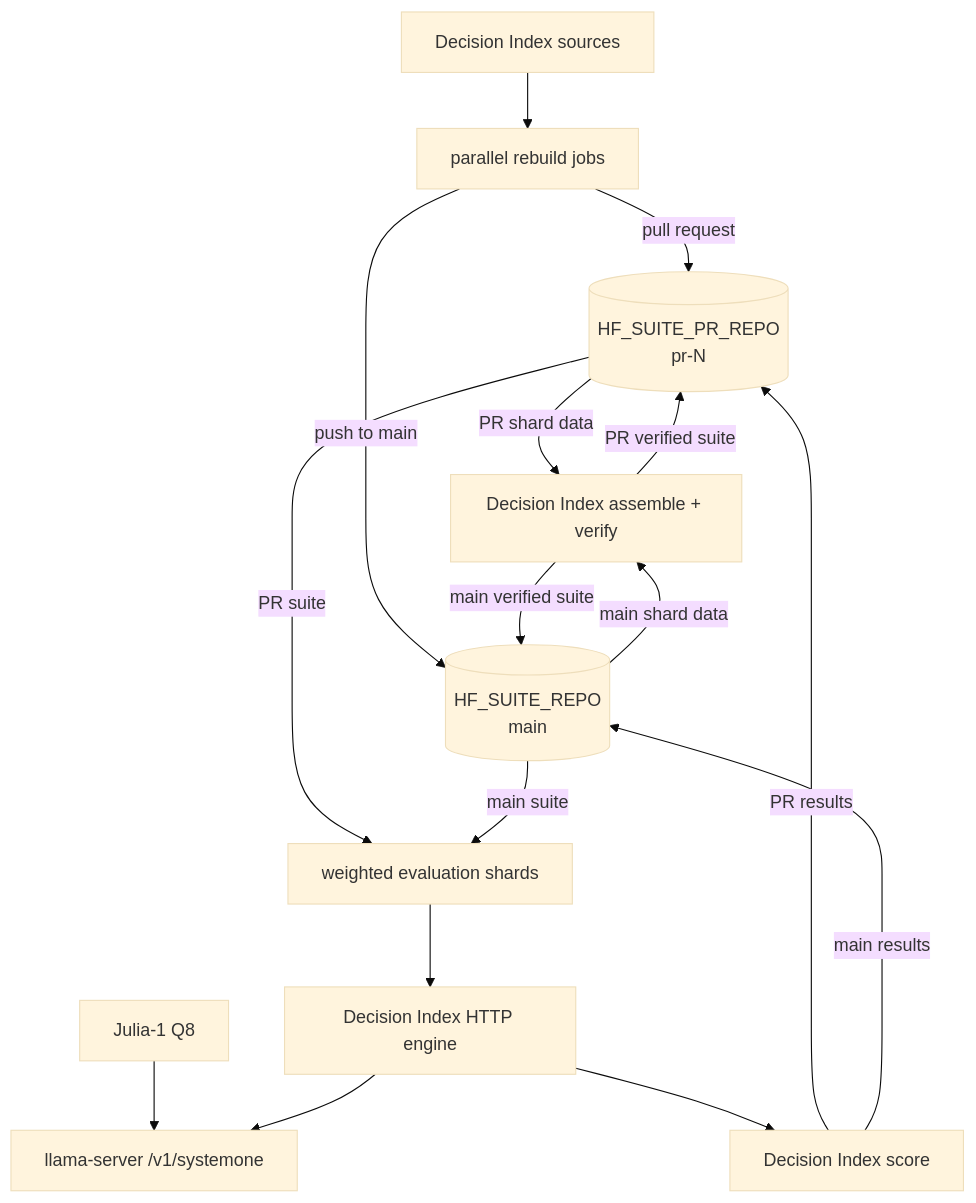
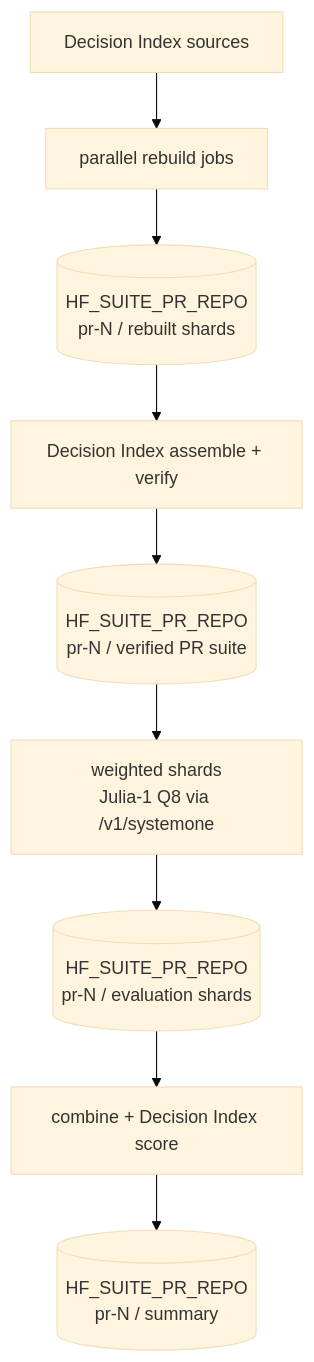
One commit to datGryphon/systemone-eval changed the first of 3 diagrams in .github/PIPELINE.md. Above: the diagram before and after it, drawn with Mermaid (base theme). The commit also changed other lines of this file, not shown here.

Commit message:
docs: simplify pipeline data-flow diagrams

````diff
--- a/.github/PIPELINE.md
+++ b/.github/PIPELINE.md
@@ -15,35 +15,14 @@
 ```mermaid
 flowchart TD
-    SOURCES[Decision Index sources]
-    BUILD[parallel rebuild jobs]
-    ASSEMBLE[Decision Index assemble + verify]
-    SPLIT[weighted evaluation shards]
-    JULIA[Julia-1 Q8]
-    SERVER[llama-server /v1/systemone]
-    ENGINE[Decision Index HTTP engine]
-    SCORE[Decision Index score]
+    A[Decision Index sources]
+    B[parallel rebuild jobs]
+    C[(HF_SUITE_PR_REPO<br/>pr-N / rebuilt shards)]
+    D[Decision Index assemble + verify]
+    E[(HF_SUITE_PR_REPO<br/>pr-N / verified PR suite)]
+    F[weighted shards<br/>Julia-1 Q8 via /v1/systemone]
+    G[(HF_SUITE_PR_REPO<br/>pr-N / evaluation shards)]
+    H[combine + Decision Index score]
+    I[(HF_SUITE_PR_REPO<br/>pr-N / summary)]
 
-    PR_STORE[(HF_SUITE_PR_REPO<br/>pr-N)]
-    MAIN_STORE[(HF_SUITE_REPO<br/>main)]
-
-    SOURCES --> BUILD
-    BUILD -->|pull request| PR_STORE
-    BUILD -->|push to main| MAIN_STORE
-
-    PR_STORE -->|PR shard data| ASSEMBLE
-    MAIN_STORE -->|main shard data| ASSEMBLE
-
-    ASSEMBLE -->|PR verified suite| PR_STORE
-    ASSEMBLE -->|main verified suite| MAIN_STORE
-
-    PR_STORE -->|PR suite| SPLIT
-    MAIN_STORE -->|main suite| SPLIT
-
-    SPLIT --> ENGINE
-    JULIA --> SERVER
-    ENGINE --> SERVER
-    ENGINE --> SCORE
-
-    SCORE -->|PR results| PR_STORE
-    SCORE -->|main results| MAIN_STORE
+    A --> B --> C --> D --> E --> F --> G --> H --> I
 ```
````
